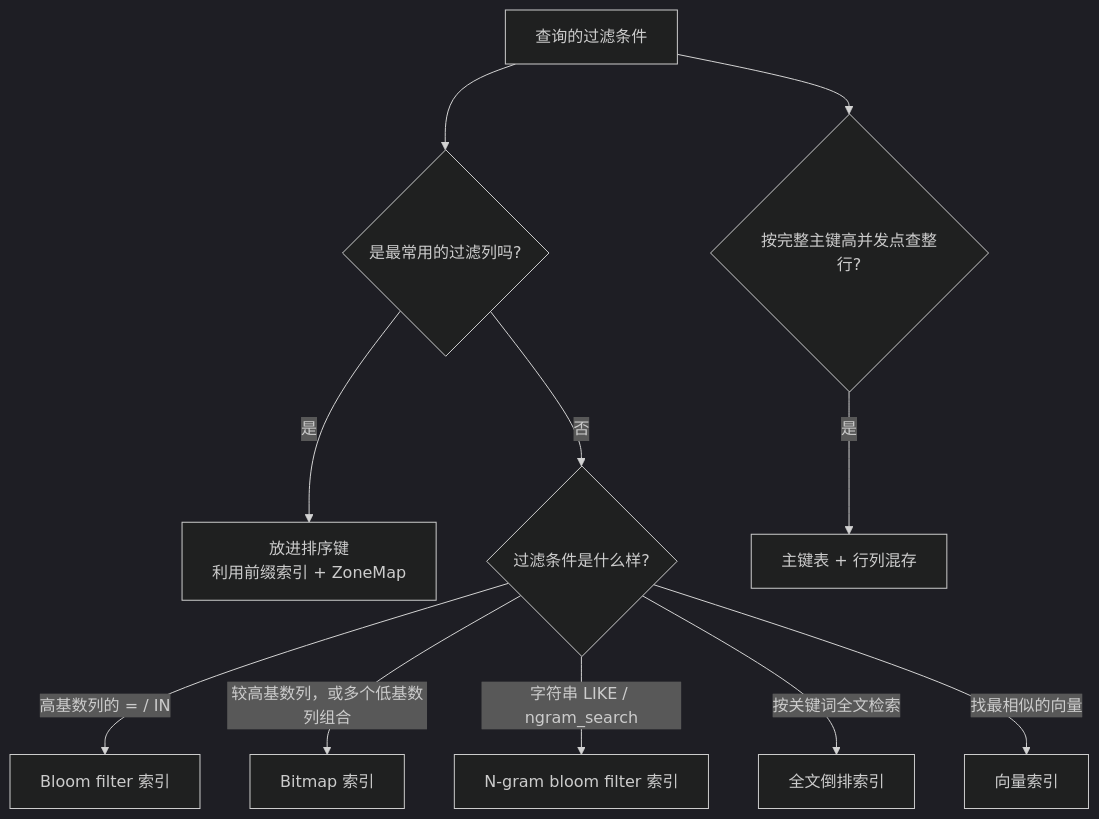
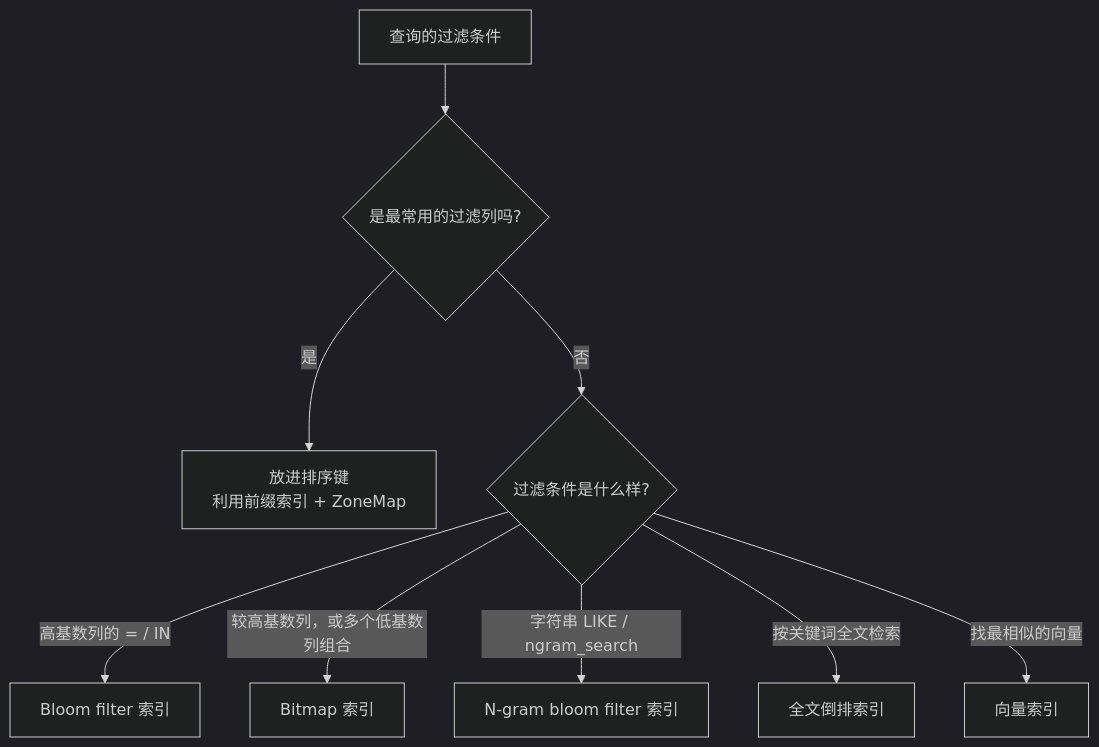
One commit to chinehe/knowledge-mkdocs changed the third of 3 diagrams in docs/数据库与缓存/starrocks/StarRocks基础篇005_索引.md. Above: the diagram before and after it, drawn with Mermaid (dark theme). The commit also changed other lines of this file and 5 other files, not shown here.

````diff
--- a/docs/数据库与缓存/starrocks/StarRocks基础篇005_索引.md
+++ b/docs/数据库与缓存/starrocks/StarRocks基础篇005_索引.md
@@ -898,13 +796,11 @@
 ```mermaid
 flowchart TD
     Q["查询的过滤条件"] --> A{"是最常用的过滤列吗?"}
     A -->|是| SK["放进排序键<br/>利用前缀索引 + ZoneMap"]
     A -->|否| B{"过滤条件是什么样?"}
     B -->|"高基数列的 = / IN"| BF["Bloom filter 索引"]
     B -->|"较高基数列，或多个低基数列组合"| BM["Bitmap 索引"]
     B -->|"字符串 LIKE / ngram_search"| NG["N-gram bloom filter 索引"]
     B -->|"按关键词全文检索"| GIN["全文倒排索引"]
     B -->|"找最相似的向量"| VEC["向量索引"]
-    Q --> C{"按完整主键高并发点查整行?"}
-    C -->|是| ROW["主键表 + 行列混存"]
 ```
````
